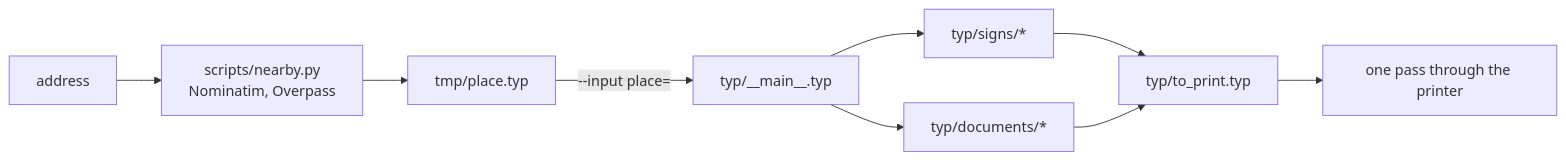
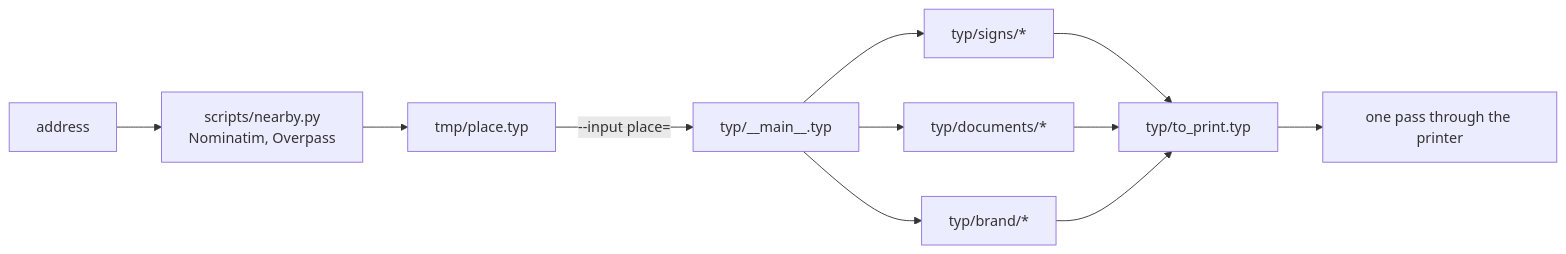
The diagram in docs/ARCHITECTURE.md (Service-Arb/verif_tools), drawn with Mermaid before and after one commit. The commit also changed other lines of this file and 7 other files, not shown here.

````diff
--- a/docs/ARCHITECTURE.md
+++ b/docs/ARCHITECTURE.md
@@ -10,11 +11,13 @@
 ```mermaid
 flowchart LR
     A["address"] --> N["scripts/nearby.py<br/>Nominatim, Overpass"]
     N --> P["tmp/place.typ"]
     P -->|--input place=| M["typ/__main__.typ"]
     M --> S["typ/signs/*"]
     M --> D["typ/documents/*"]
+    M --> B["typ/brand/*"]
     S --> T["typ/to_print.typ"]
     D --> T
+    B --> T
     T --> O["one pass through the printer"]
 ```
````
